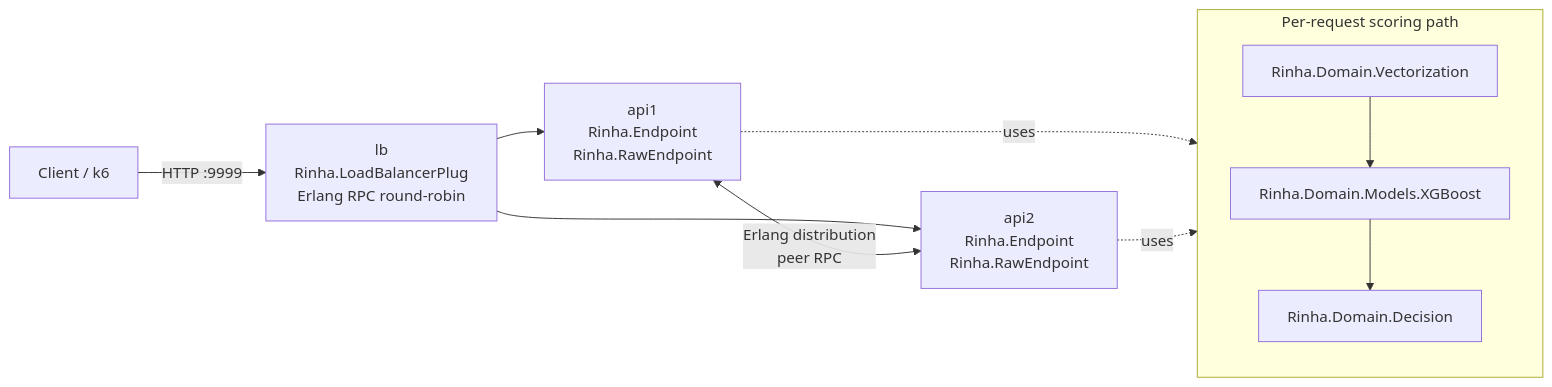
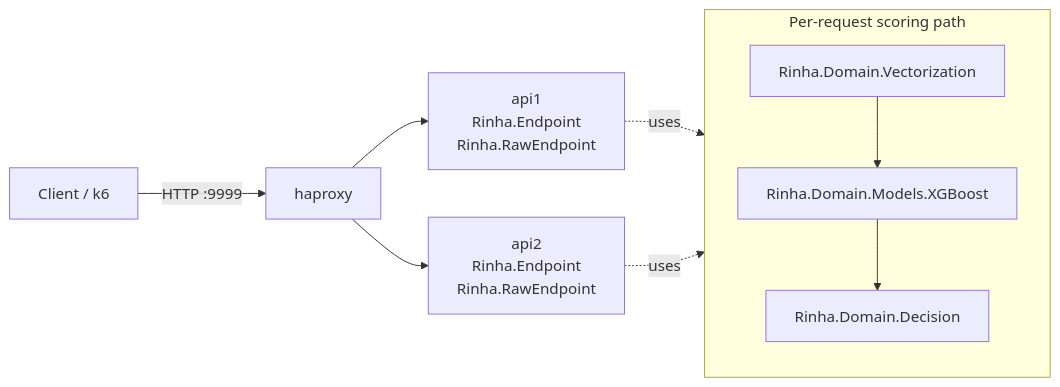
Before and after one commit to renatovico/rinha-elixir-pure: the diagram in README.md, drawn with Mermaid. The commit also changed other lines of this file and 24 other files, not shown here.

````diff
--- a/README.md
+++ b/README.md
@@ -35,16 +33,14 @@
 ```mermaid
 flowchart LR
-    Client[Client / k6] -->|HTTP :9999| LB[lb\nRinha.LoadBalancerPlug\nErlang RPC round-robin]
-    LB --> API1[api1\nRinha.Endpoint\nRinha.RawEndpoint]
-    LB --> API2[api2\nRinha.Endpoint\nRinha.RawEndpoint]
-
-    API1 <-->|Erlang distribution\npeer RPC| API2
+    Client[Client / k6] -->|HTTP :9999| HAProxy[haproxy]
+    HAProxy --> API1[api1\nRinha.Endpoint\nRinha.RawEndpoint]
+    HAProxy --> API2[api2\nRinha.Endpoint\nRinha.RawEndpoint]
 
     subgraph ScoringPath[Per-request scoring path]
       V[Rinha.Domain.Vectorization] --> M[Rinha.Domain.Models.XGBoost]
       M --> D[Rinha.Domain.Decision]
     end
 
     API1 -. uses .-> ScoringPath
     API2 -. uses .-> ScoringPath
 ```
````
